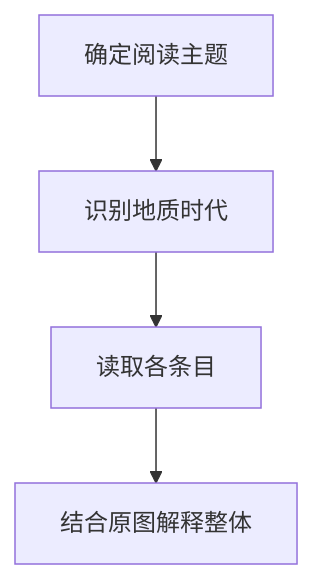
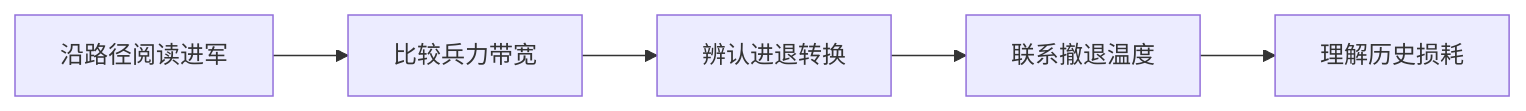
One commit to KkkXUE-prog/FIRST-REPO changed the fourth of 4 diagrams in 06-混合型/案例A.md. Above: the diagram before and after it, drawn with Mermaid. The commit also changed other lines of this file, not shown here.

Commit message:
精修混合型案例A：米纳尔真实数据与定量折线图

````diff
--- a/06-混合型/案例A.md
+++ b/06-混合型/案例A.md
@@ -63,6 +90,7 @@
 ```mermaid
-flowchart TD
- A[确定阅读主题] --> B[识别地质时代]
- B --> C[读取各条目]
- C --> D[结合原图解释整体]
+flowchart LR
+ A[沿路径阅读进军] --> B[比较兵力带宽]
+ B --> C[辨认进退转换]
+ C --> D[联系撤退温度]
+ D --> E[理解历史损耗]
 ```
````
